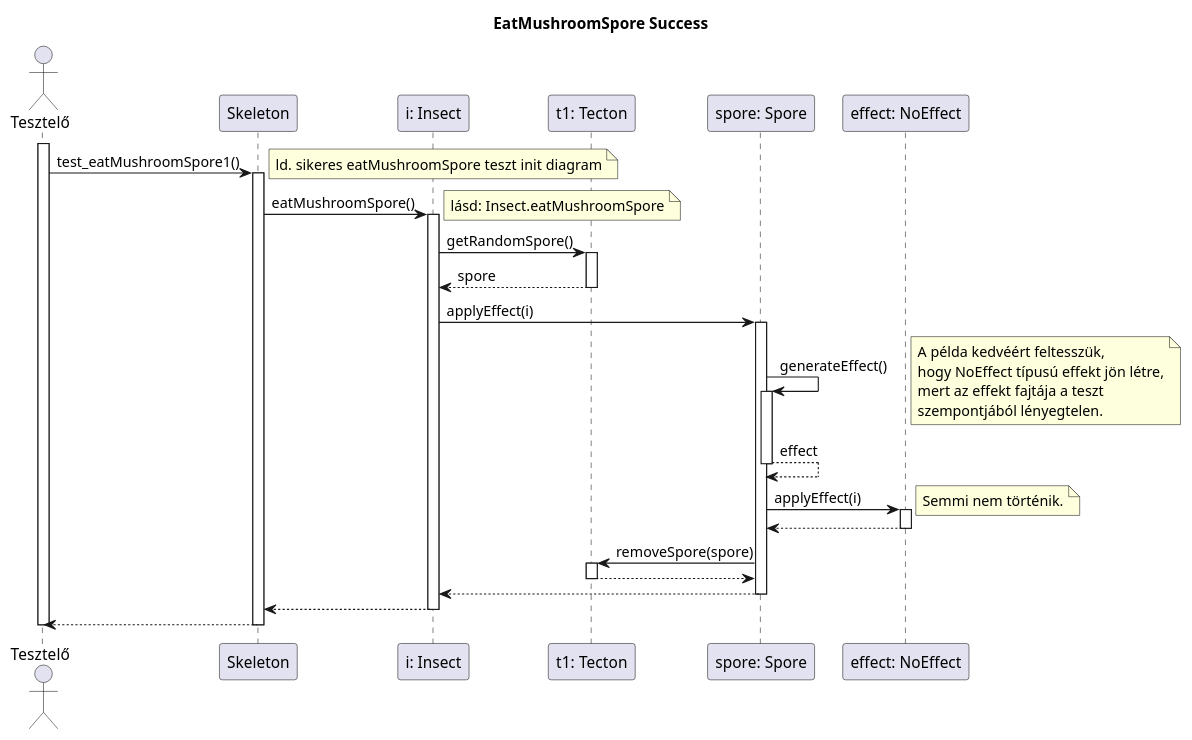
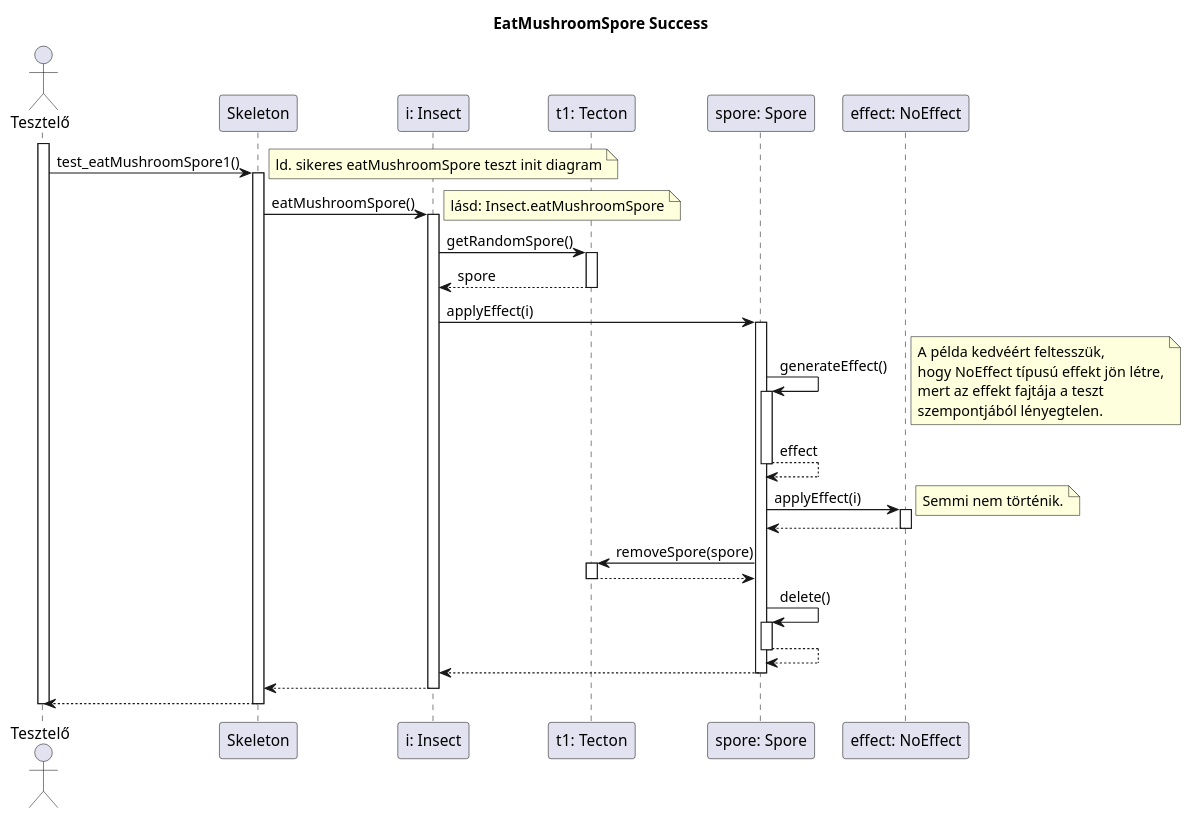
One commit to dzsem/projlab changed the diagram in diagrams/test-sequence/insect/eatMushroomSpore1.plantuml. Above: the diagram before and after it, drawn with PlantUML. The commit also changed 1 other file, not shown here.

Commit message:
Add delete() to spore removal

```diff
--- a/diagrams/test-sequence/insect/eatMushroomSpore1.plantuml
+++ b/diagrams/test-sequence/insect/eatMushroomSpore1.plantuml
@@ -1,63 +1,69 @@
 @startuml test_eatMushroomSpore1
 
 title EatMushroomSpore Success
 
 actor "Tesztelő" as t
 participant "Skeleton" as ske
 participant "i: Insect" as i
 participant "t1: Tecton" as t1
 participant "spore: Spore" as spore
 participant "effect: NoEffect" as effect
 
 activate t
 
 t -> ske: test_eatMushroomSpore1()
 note right: ld. sikeres eatMushroomSpore teszt init diagram
 activate ske
 
 	ske -> i: eatMushroomSpore()
 	activate i
 	note right: lásd: Insect.eatMushroomSpore
 
 		i -> t1: getRandomSpore()
 		activate t1
 
 		i <-- t1: spore
 		deactivate t1
 			
 		i->spore : applyEffect(i)
 		activate spore
 
 			spore->spore : generateEffect()
 			note right: A példa kedvéért feltesszük,\nhogy NoEffect típusú effekt jön létre,\nmert az effekt fajtája a teszt\nszempontjából lényegtelen.
 			activate spore
 
 			spore-->spore: effect
 			deactivate spore
 
 			spore -> effect : applyEffect(i)
 			activate effect
 			note right: Semmi nem történik.
 
 			spore <-- effect
 			deactivate effect
 
 			spore -> t1: removeSpore(spore)
 			activate t1
 
 			spore <-- t1
 			deactivate t1
 
+			spore -> spore: delete()
+			activate spore
+
+			spore --> spore
+			deactivate spore
+
 		i <-- spore
 		deactivate spore
 
 
 	ske <-- i
 	deactivate i
 
 t <-- ske
 deactivate ske
 
 deactivate t
 
 @enduml
```
